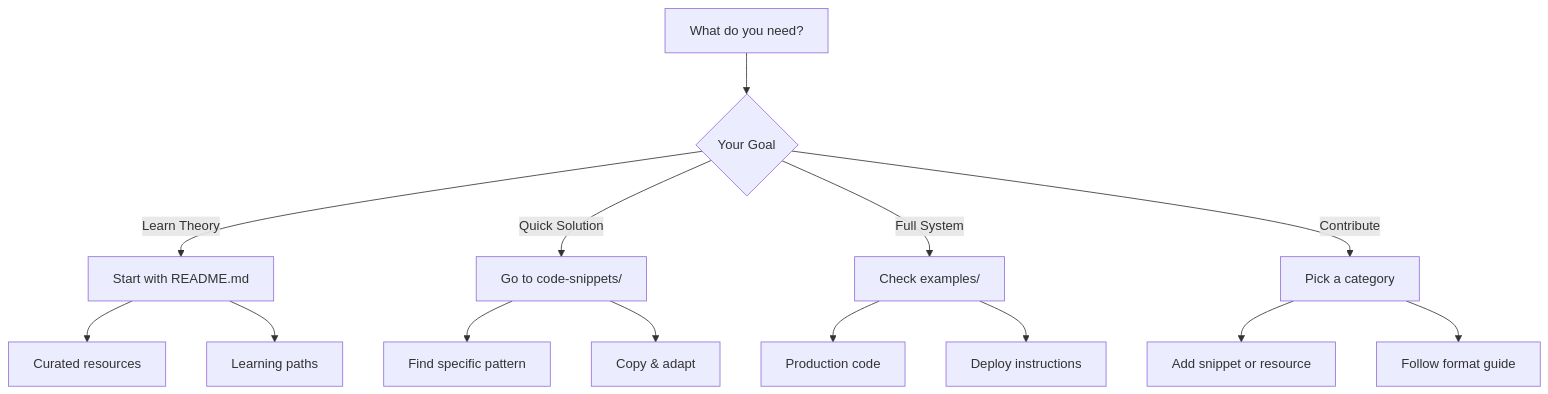
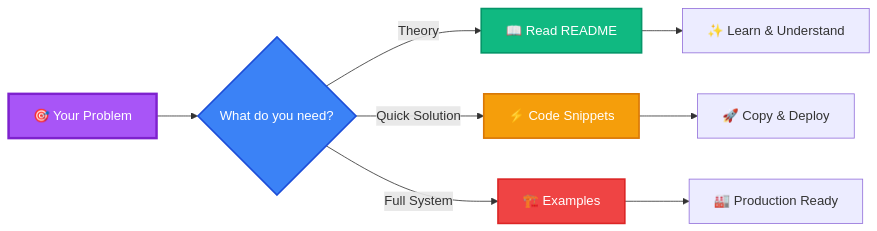
Before and after one commit to umitkacar/Problem-Solving-Code-Snippets-Resource-Curation: the first of 4 diagrams in README.md, drawn with Mermaid. The commit also changed other lines of this file, not shown here.

````diff
--- a/README.md
+++ b/README.md
@@ -262,20 +78,15 @@
 ```mermaid
-graph TD
-    A[What do you need?] --> B{Your Goal}
-    
-    B -->|Learn Theory| C[Start with README.md]
-    C --> D[Curated resources]
-    C --> E[Learning paths]
-    
-    B -->|Quick Solution| F[Go to code-snippets/]
-    F --> G[Find specific pattern]
-    F --> H[Copy & adapt]
-    
-    B -->|Full System| I[Check examples/]
-    I --> J[Production code]
-    I --> K[Deploy instructions]
-    
-    B -->|Contribute| L[Pick a category]
-    L --> M[Add snippet or resource]
-    L --> N[Follow format guide]
+graph LR
+    A[🎯 Your Problem] --> B{What do you need?}
+    B -->|Theory| C[📖 Read README]
+    B -->|Quick Solution| D[⚡ Code Snippets]
+    B -->|Full System| E[🏗️ Examples]
+    C --> F[✨ Learn & Understand]
+    D --> G[🚀 Copy & Deploy]
+    E --> H[🏭 Production Ready]
+    style A fill:#a855f7,stroke:#7e22ce,stroke-width:3px,color:#fff
+    style B fill:#3b82f6,stroke:#1d4ed8,stroke-width:2px,color:#fff
+    style C fill:#10b981,stroke:#059669,stroke-width:2px,color:#fff
+    style D fill:#f59e0b,stroke:#d97706,stroke-width:2px,color:#fff
+    style E fill:#ef4444,stroke:#dc2626,stroke-width:2px,color:#fff
 ```
````
